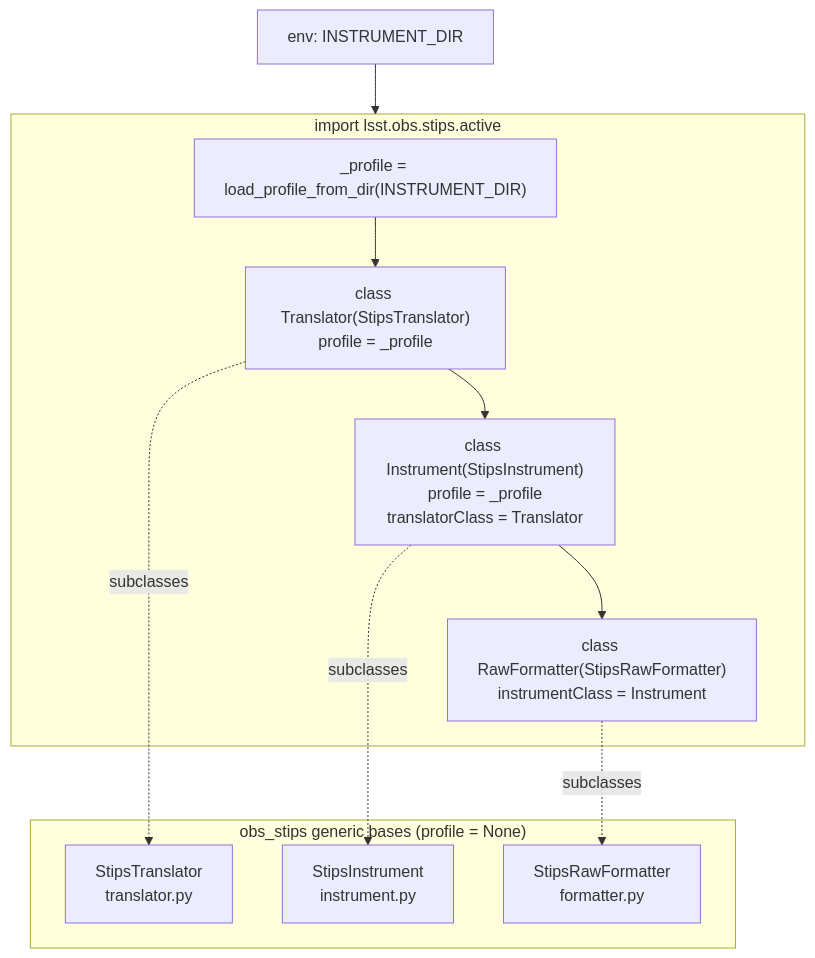
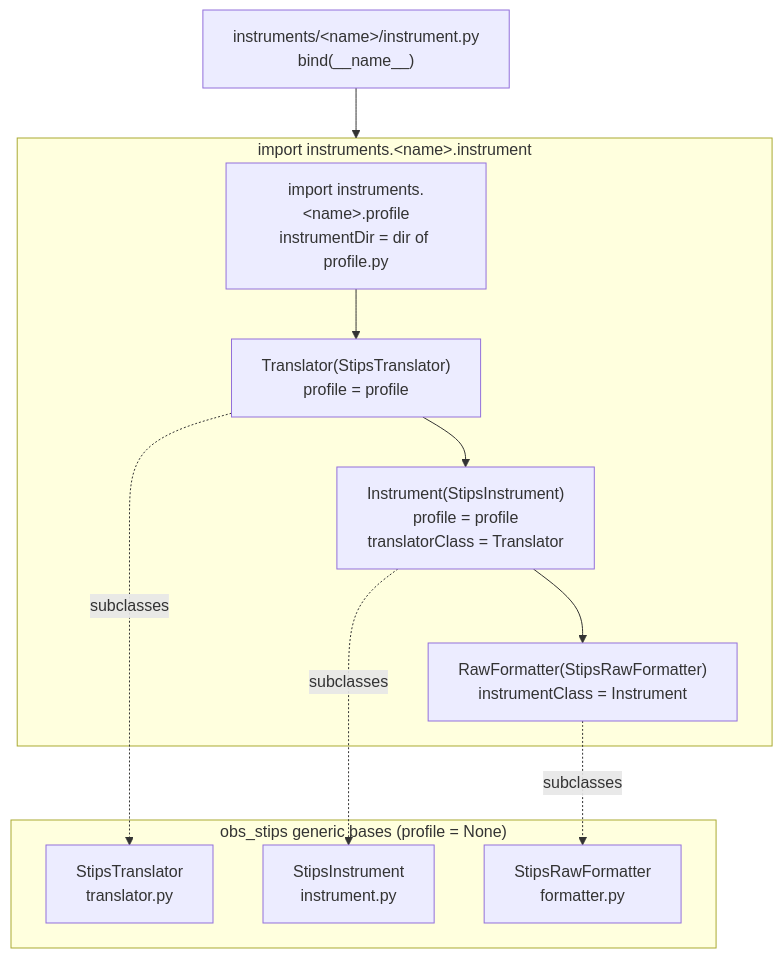
The third of 9 diagrams in docs/obs-abstraction.md (dangause/stips), drawn with Mermaid before and after one commit. The commit also changed other lines of this file and 9 other files, not shown here.

Commit message:
docs: instrument identity by directory name, binning in the profile, migration note

````diff
--- a/docs/obs-abstraction.md
+++ b/docs/obs-abstraction.md
@@ -208,20 +172,20 @@
 ```mermaid
 flowchart TB
-    env["env: INSTRUMENT_DIR"] --> active
-    subgraph active["import lsst.obs.stips.active"]
-        load["_profile = load_profile_from_dir(INSTRUMENT_DIR)"]
-        T["class Translator(StipsTranslator)<br/>profile = _profile"]
-        I["class Instrument(StipsInstrument)<br/>profile = _profile<br/>translatorClass = Translator"]
-        R["class RawFormatter(StipsRawFormatter)<br/>instrumentClass = Instrument"]
+    np["instruments/&lt;name&gt;/instrument.py<br/>bind(__name__)"] --> nameplate
+    subgraph nameplate["import instruments.&lt;name&gt;.instrument"]
+        load["import instruments.&lt;name&gt;.profile<br/>instrumentDir = dir of profile.py"]
+        T["Translator(StipsTranslator)<br/>profile = profile"]
+        I["Instrument(StipsInstrument)<br/>profile = profile<br/>translatorClass = Translator"]
+        R["RawFormatter(StipsRawFormatter)<br/>instrumentClass = Instrument"]
         load --> T --> I --> R
     end
 
     subgraph generic["obs_stips generic bases (profile = None)"]
         ST["StipsTranslator<br/>translator.py"]
         SI["StipsInstrument<br/>instrument.py"]
         SR["StipsRawFormatter<br/>formatter.py"]
     end
     T -.subclasses.-> ST
     I -.subclasses.-> SI
     R -.subclasses.-> SR
 ```
````
